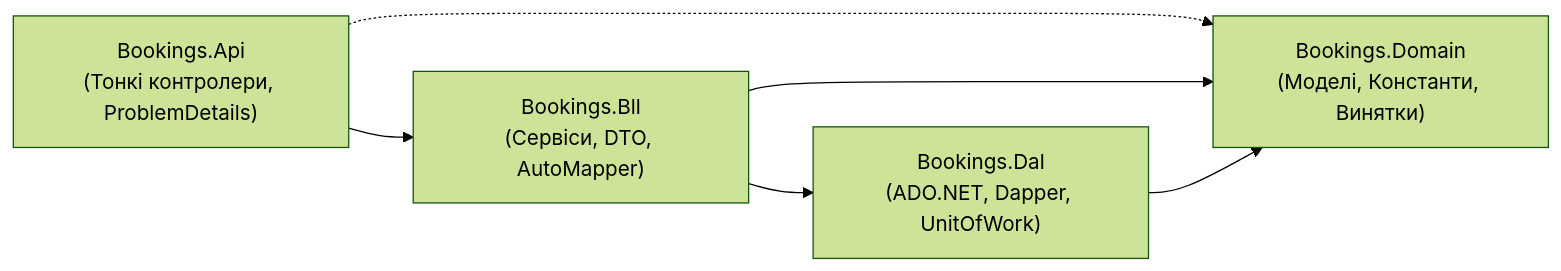
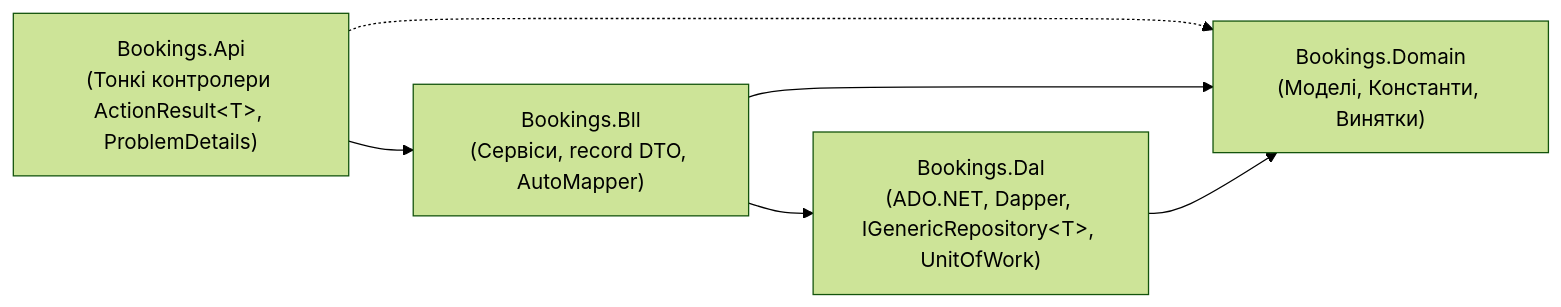
Before and after one commit to DimitriuDmytro/DotNet: the third of 3 diagrams in README.md, drawn with Mermaid (forest theme). The commit also changed other lines of this file and 3 other files, not shown here.

````diff
--- a/README.md
+++ b/README.md
@@ -441,8 +445,8 @@
 ```mermaid
 flowchart LR
-    Api["Bookings.Api<br/>(Тонкі контролери, ProblemDetails)"] --> Bll["Bookings.Bll<br/>(Сервіси, DTO, AutoMapper)"]
-    Bll --> Dal["Bookings.Dal<br/>(ADO.NET, Dapper, UnitOfWork)"]
+    Api["Bookings.Api<br/>(Тонкі контролери ActionResult&lt;T&gt;, ProblemDetails)"] --> Bll["Bookings.Bll<br/>(Сервіси, record DTO, AutoMapper)"]
+    Bll --> Dal["Bookings.Dal<br/>(ADO.NET, Dapper, IGenericRepository&lt;T&gt;, UnitOfWork)"]
     Api -.-> Domain["Bookings.Domain<br/>(Моделі, Константи, Винятки)"]
     Bll --> Domain
     Dal --> Domain
 ```
````
